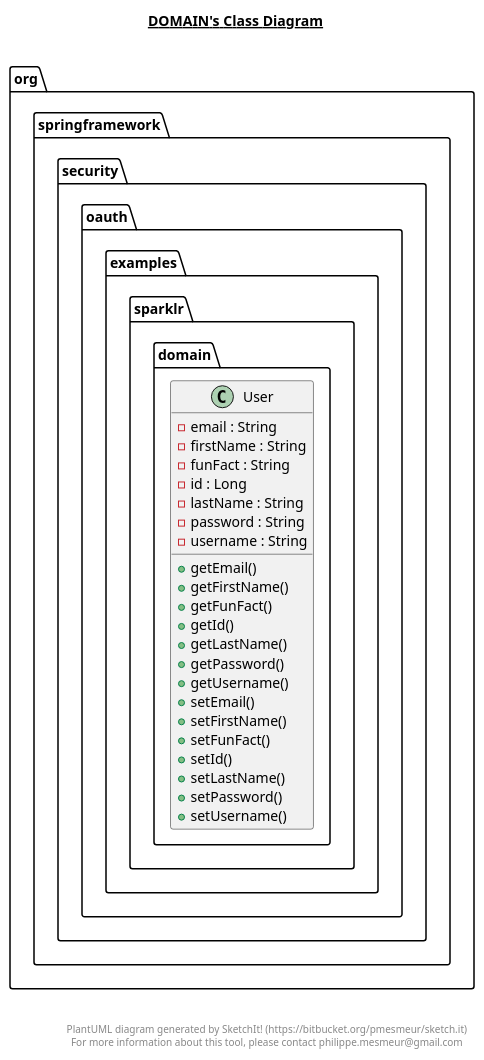
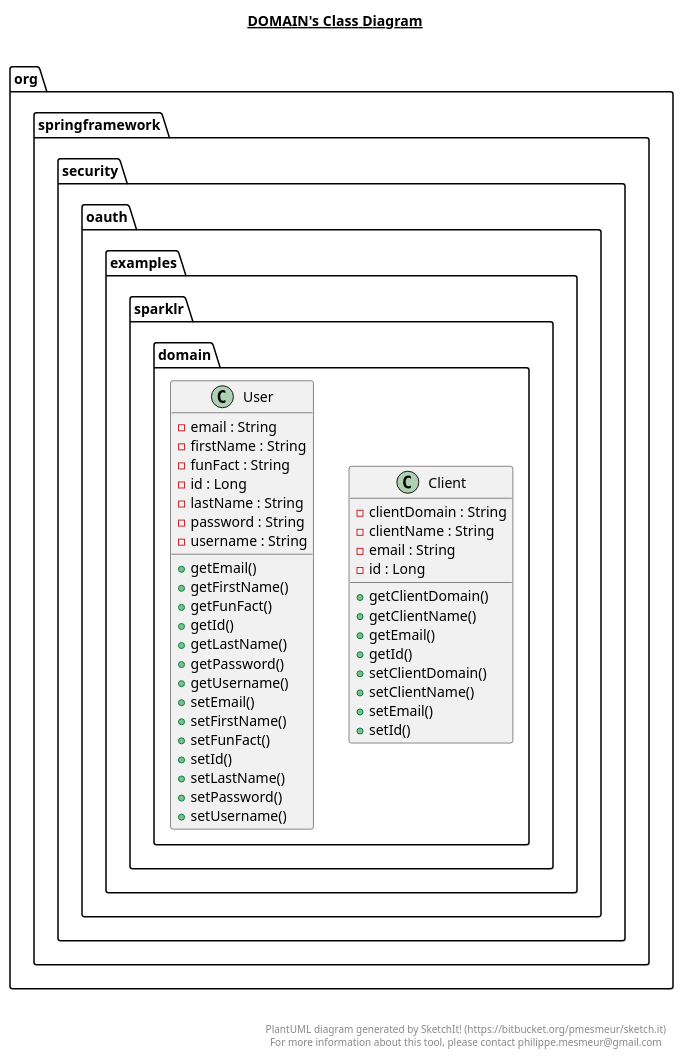
One commit to zwan2016/spring-security-oauth changed the diagram in samples/oauth2/sparklr/src/main/java/org/springframework/security/oauth/examples/sparklr/domain/domain.plantuml. Above: the diagram before and after it, drawn with PlantUML. The commit also changed 11 other files, not shown here.

Commit message:
client registration flow update

```diff
--- a/samples/oauth2/sparklr/src/main/java/org/springframework/security/oauth/examples/sparklr/domain/domain.plantuml
+++ b/samples/oauth2/sparklr/src/main/java/org/springframework/security/oauth/examples/sparklr/domain/domain.plantuml
@@ -1,43 +1,63 @@
 @startuml
 
 title __DOMAIN's Class Diagram__\n
+
+  namespace org.springframework.security.oauth.examples.sparklr {
+    namespace domain {
+      class org.springframework.security.oauth.examples.sparklr.domain.Client {
+          - clientDomain : String
+          - clientName : String
+          - email : String
+          - id : Long
+          + getClientDomain()
+          + getClientName()
+          + getEmail()
+          + getId()
+          + setClientDomain()
+          + setClientName()
+          + setEmail()
+          + setId()
+      }
+    }
+  }
+  
 
   namespace org.springframework.security.oauth.examples.sparklr {
     namespace domain {
       class org.springframework.security.oauth.examples.sparklr.domain.User {
           - email : String
           - firstName : String
           - funFact : String
           - id : Long
           - lastName : String
           - password : String
           - username : String
           + getEmail()
           + getFirstName()
           + getFunFact()
           + getId()
           + getLastName()
           + getPassword()
           + getUsername()
           + setEmail()
           + setFirstName()
           + setFunFact()
           + setId()
           + setLastName()
           + setPassword()
           + setUsername()
       }
     }
   }
   
 
 
 
 right footer
 
 
 PlantUML diagram generated by SketchIt! (https://bitbucket.org/pmesmeur/sketch.it)
 For more information about this tool, please contact philippe.mesmeur@gmail.com
 endfooter
 
 @enduml
```
